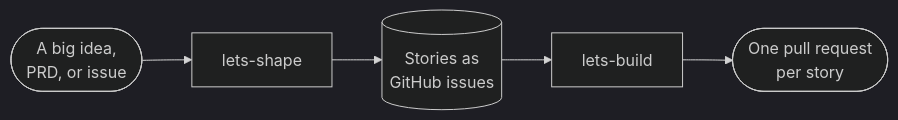
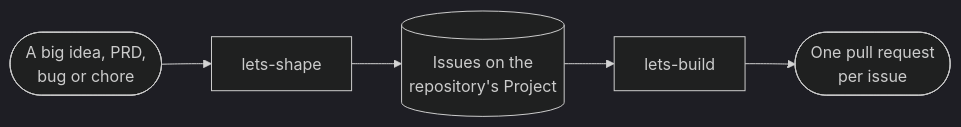
The diagram in README.md (andrewduckett/lets-spec), drawn with Mermaid (dark theme) before and after one commit. The commit also changed other lines of this file and 1 other file, not shown here.

First line of the commit message:
docs: describe the Project backlog, the setup skill and the route

````diff
--- a/README.md
+++ b/README.md
@@ -210,8 +212,8 @@
 ```mermaid
 %%{init: {"flowchart": {"htmlLabels": false}}}%%
 flowchart LR
-    idea(["A big idea,<br/>PRD, or issue"]) --> shape[lets-shape]
-    shape --> issues[("Stories as<br/>GitHub issues")]
+    idea(["A big idea, PRD,<br/>bug or chore"]) --> shape[lets-shape]
+    shape --> issues[("Issues on the<br/>repository's Project")]
     issues --> build[lets-build]
-    build --> pr(["One pull request<br/>per story"])
+    build --> pr(["One pull request<br/>per issue"])
 ```
````
